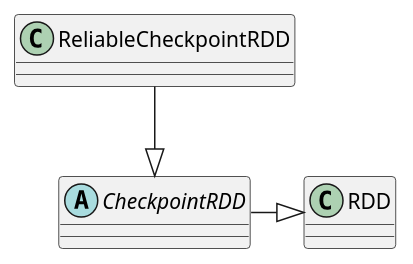
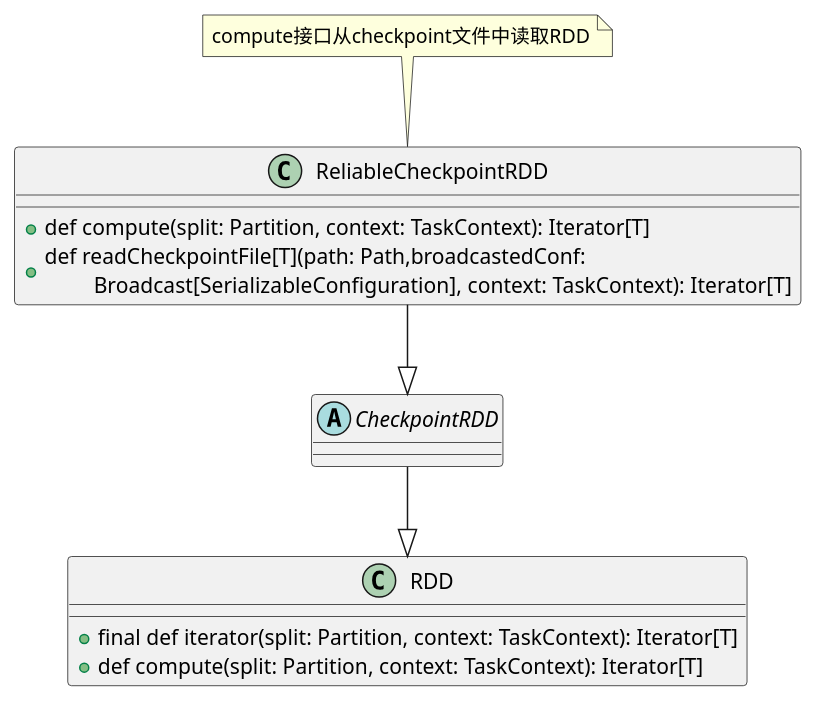
Before and after one commit to DepInjoy/geektime: the fifth of 5 diagrams in doc/DB/00_Spark/SourceRead/00_000_RDD.md, drawn with PlantUML. The commit also changed other lines of this file, not shown here.

Commit message:
spark rdd

````diff
--- a/doc/DB/00_Spark/SourceRead/00_000_RDD.md
+++ b/doc/DB/00_Spark/SourceRead/00_000_RDD.md
@@ -433,14 +411,21 @@
 ```plantuml
 @startuml
 class ReliableCheckpointRDD {
-
+  + def compute(split: Partition, context: TaskContext): Iterator[T]
+  + def readCheckpointFile[T](path: Path,broadcastedConf:\n\t Broadcast[SerializableConfiguration], context: TaskContext): Iterator[T]
 }
+note top : compute接口从checkpoint文件中读取RDD
 
 abstract class CheckpointRDD {
 
 }
 
+class RDD {
+  + final def iterator(split: Partition, context: TaskContext): Iterator[T]
+  + def compute(split: Partition, context: TaskContext): Iterator[T]
+}
+
 ReliableCheckpointRDD -down-|> CheckpointRDD
-CheckpointRDD -|> RDD
+CheckpointRDD -down-|> RDD
 @enduml
 ```
````
